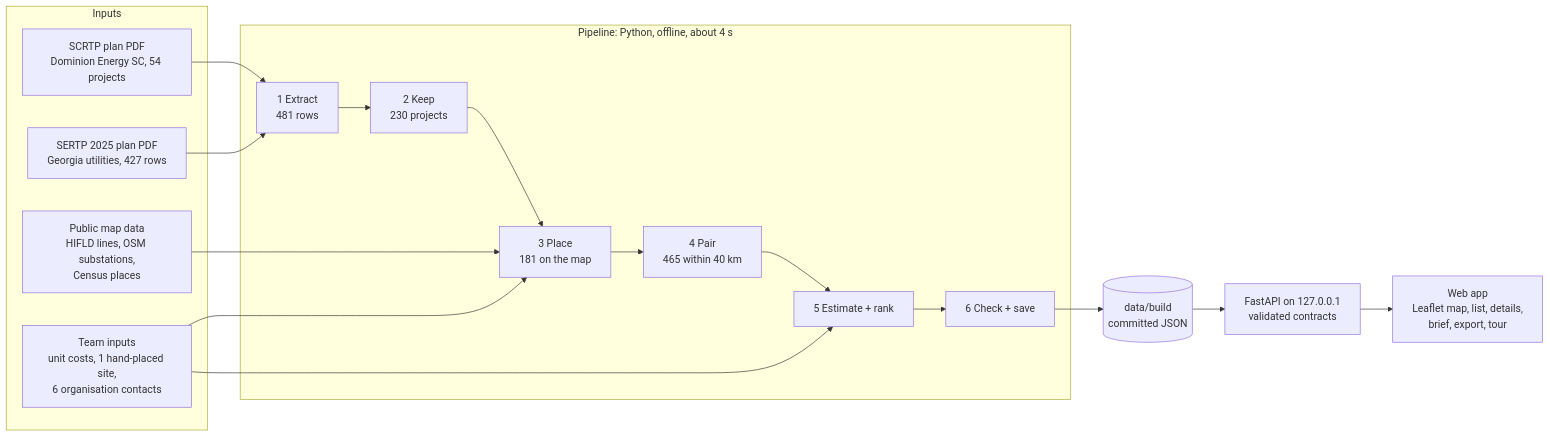
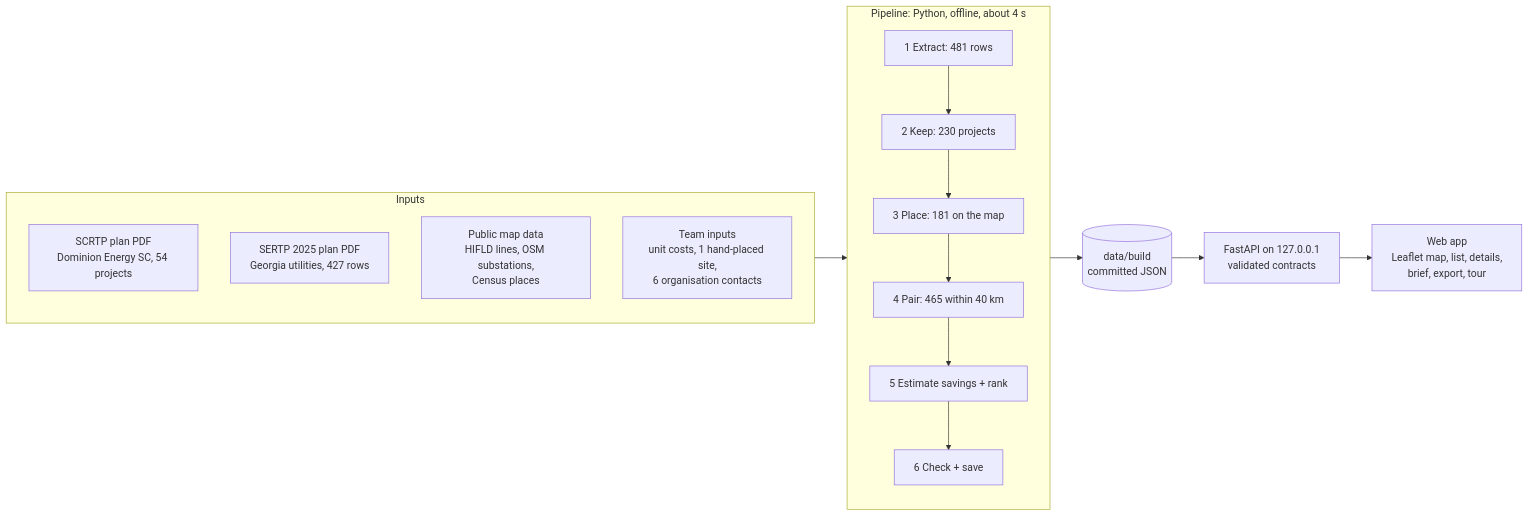
The diagram in docs/ARCHITECTURE.md (Lusangim/Shell_Hacks), drawn with Mermaid before and after one commit. The commit also changed 2 other files, not shown here.

Commit message:
Architecture diagram: stack the pipeline stages so the text reads at full size

````diff
--- a/docs/ARCHITECTURE.md
+++ b/docs/ARCHITECTURE.md
@@ -8,21 +8,19 @@
 ```mermaid
 flowchart LR
   subgraph IN["Inputs"]
+    direction TB
     P1["SCRTP plan PDF<br/>Dominion Energy SC, 54 projects"]
     P2["SERTP 2025 plan PDF<br/>Georgia utilities, 427 rows"]
     M["Public map data<br/>HIFLD lines, OSM substations,<br/>Census places"]
     T["Team inputs<br/>unit costs, 1 hand-placed site,<br/>6 organisation contacts"]
   end
   subgraph PIPE["Pipeline: Python, offline, about 4 s"]
-    E["1 Extract<br/>481 rows"] --> K["2 Keep<br/>230 projects"] --> PL["3 Place<br/>181 on the map"] --> PR["4 Pair<br/>465 within 40 km"] --> R["5 Estimate + rank"] --> C["6 Check + save"]
+    direction TB
+    E["1 Extract: 481 rows"] --> K["2 Keep: 230 projects"] --> PL["3 Place: 181 on the map"]
+    PL --> PR["4 Pair: 465 within 40 km"] --> R["5 Estimate savings + rank"] --> C["6 Check + save"]
   end
   B[("data/build<br/>committed JSON")]
   S["FastAPI on 127.0.0.1<br/>validated contracts"]
   W["Web app<br/>Leaflet map, list, details,<br/>brief, export, tour"]
-  P1 --> E
-  P2 --> E
-  M --> PL
-  T --> PL
-  T --> R
-  C --> B --> S --> W
+  IN --> PIPE --> B --> S --> W
 ```
````
